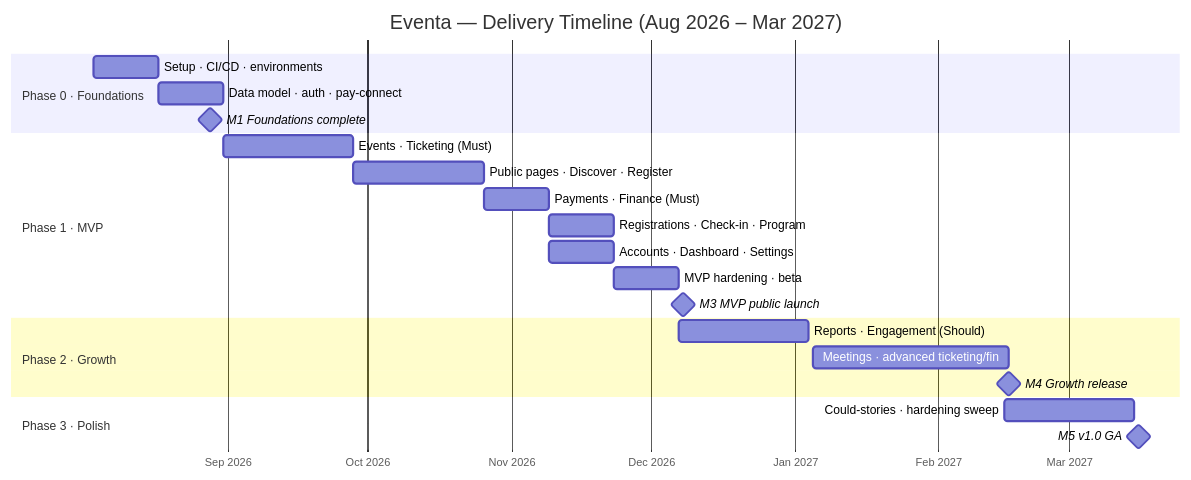
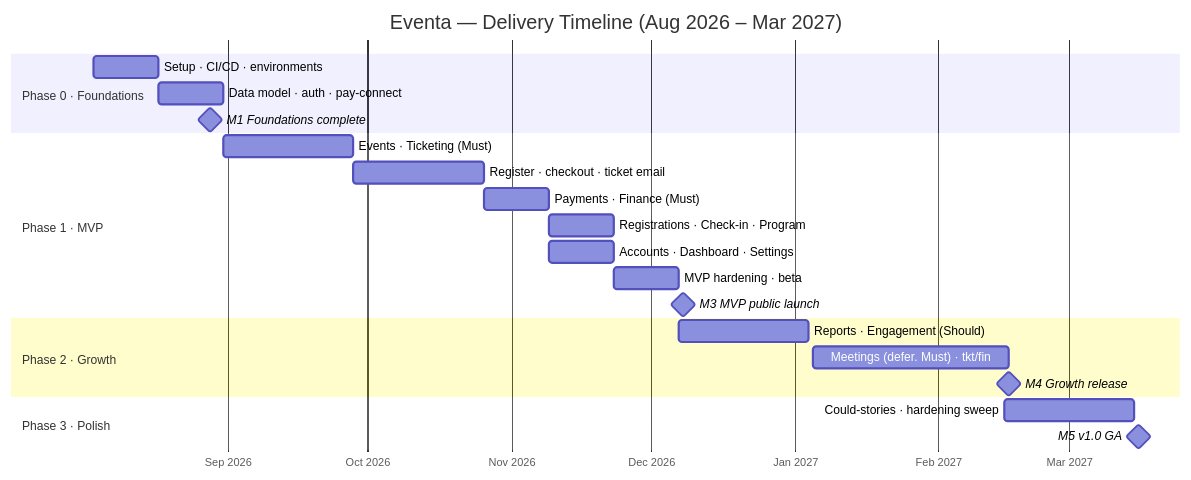
Before and after one commit to kaungkhantdev/eventa-docs: the diagram in 02-project-plan/project-plan.md, drawn with Mermaid. The commit also changed other lines of this file and 15 other files, not shown here.

````diff
--- a/02-project-plan/project-plan.md
+++ b/02-project-plan/project-plan.md
@@ -109,25 +133,25 @@
 ```mermaid
 gantt
     title Eventa — Delivery Timeline (Aug 2026 – Mar 2027)
     dateFormat YYYY-MM-DD
     axisFormat %b %Y
     section Phase 0 · Foundations
     Setup · CI/CD · environments      :f0, 2026-08-03, 2w
     Data model · auth · pay-connect   :f1, after f0, 2w
     M1 Foundations complete           :milestone, 2026-08-28, 0d
     section Phase 1 · MVP
     Events · Ticketing (Must)         :m1, 2026-08-31, 4w
-    Public pages · Discover · Register:m2, after m1, 4w
+    Register · checkout · ticket email:m2, after m1, 4w
     Payments · Finance (Must)         :m3, 2026-10-26, 2w
     Registrations · Check-in · Program:m4, after m3, 2w
     Accounts · Dashboard · Settings   :m5, 2026-11-09, 2w
     MVP hardening · beta              :m6, 2026-11-23, 2w
     M3 MVP public launch              :milestone, 2026-12-08, 0d
     section Phase 2 · Growth
     Reports · Engagement (Should)     :g1, 2026-12-07, 4w
-    Meetings · advanced ticketing/fin :g2, 2027-01-05, 6w
+    Meetings (defer. Must) · tkt/fin  :g2, 2027-01-05, 6w
     M4 Growth release                 :milestone, 2027-02-16, 0d
     section Phase 3 · Polish
     Could-stories · hardening sweep   :p1, 2027-02-15, 4w
     M5 v1.0 GA                        :milestone, 2027-03-16, 0d
 ```
````
